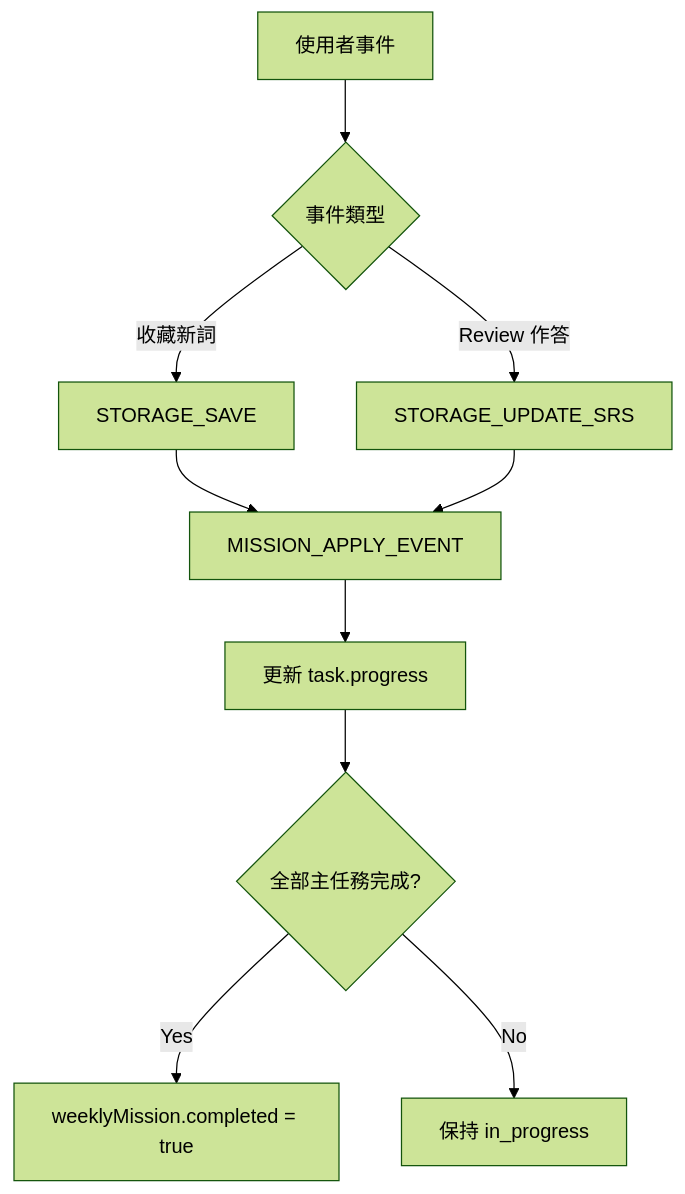
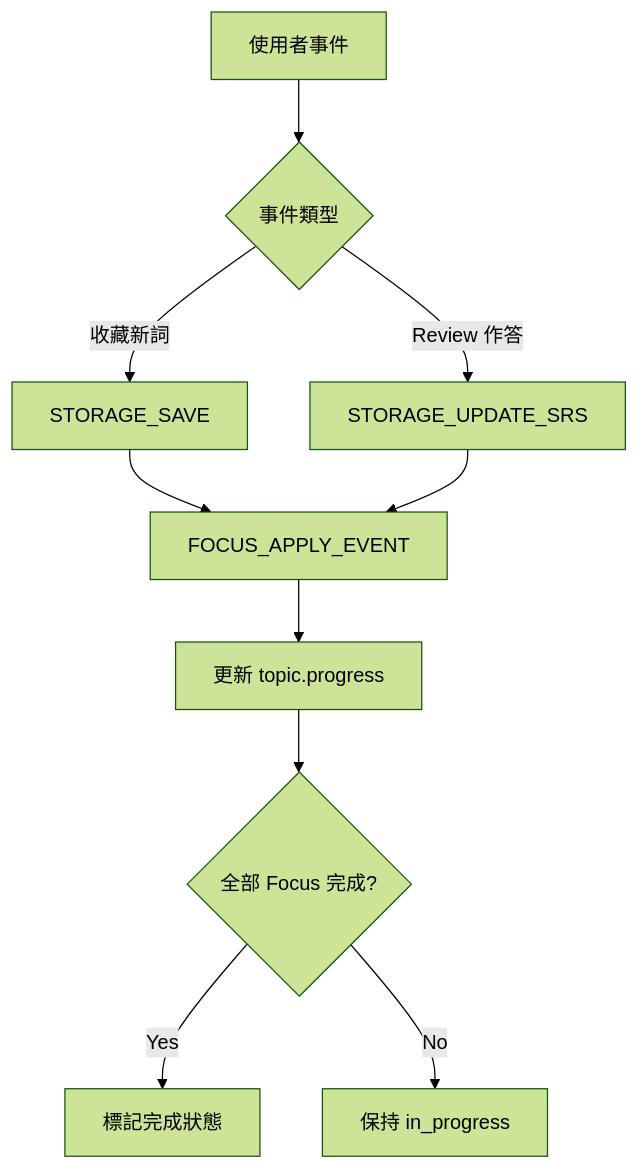
The second of 5 diagrams in .shared/05-flow-diagrams.md (kylecheng3146/highlighting-translate), drawn with Mermaid (forest theme) before and after one commit. The commit also changed other lines of this file and 24 other files, not shown here.

````diff
--- a/.shared/05-flow-diagrams.md
+++ b/.shared/05-flow-diagrams.md
@@ -27,12 +27,12 @@
 ```mermaid
 flowchart TD
     A[使用者事件] --> B{事件類型}
     B -- 收藏新詞 --> C[STORAGE_SAVE]
     B -- Review 作答 --> D[STORAGE_UPDATE_SRS]
-    C --> E[MISSION_APPLY_EVENT]
+    C --> E[FOCUS_APPLY_EVENT]
     D --> E
-    E --> F[更新 task.progress]
-    F --> G{全部主任務完成?}
-    G -- Yes --> H[weeklyMission.completed = true]
+    E --> F[更新 topic.progress]
+    F --> G{全部 Focus 完成?}
+    G -- Yes --> H[標記完成狀態]
     G -- No --> I[保持 in_progress]
 ```
````
